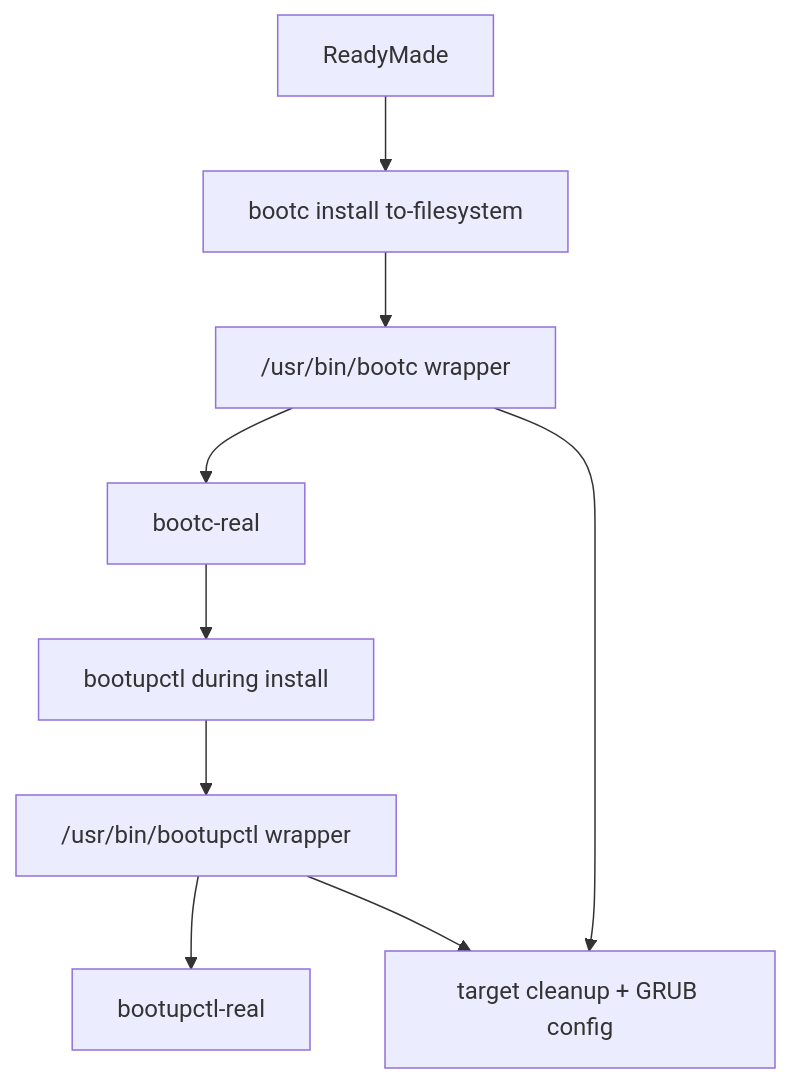
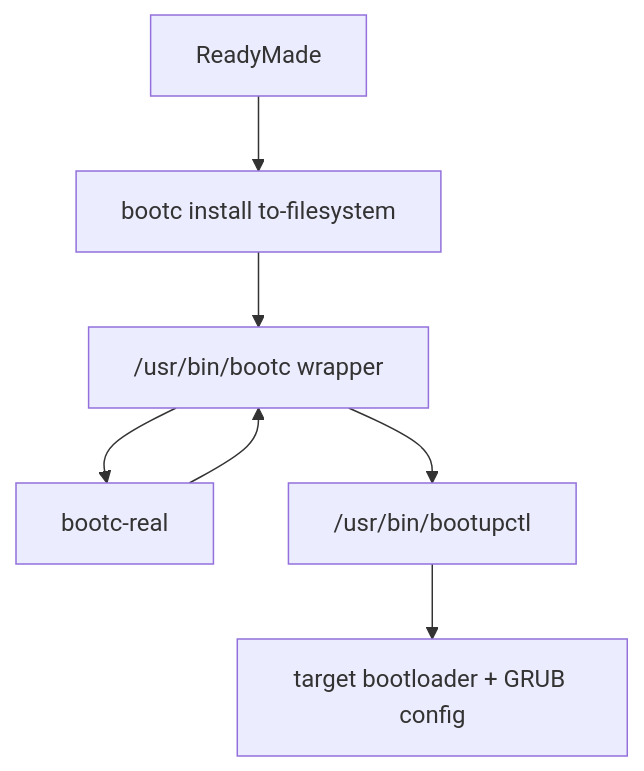
Before and after one commit to luminusOS/images: diagram 11 of 15 in ARCHITECTURE.md, drawn with Mermaid. The commit also changed other lines of this file and 34 other files, not shown here.

````diff
--- a/ARCHITECTURE.md
+++ b/ARCHITECTURE.md
@@ -542,16 +519,13 @@
 ```mermaid
 flowchart TD
     ReadyMade["ReadyMade"]
     BootcCommand["bootc install to-filesystem"]
     BootcWrapper["/usr/bin/bootc wrapper"]
     BootcReal["bootc-real"]
-    BootupctlCall["bootupctl during install"]
-    BootupctlWrapper["/usr/bin/bootupctl wrapper"]
-    BootupctlReal["bootupctl-real"]
-    Cleanup["target cleanup + GRUB config"]
+    Bootupctl["/usr/bin/bootupctl"]
+    Bootloader["target bootloader + GRUB config"]
 
     ReadyMade --> BootcCommand --> BootcWrapper --> BootcReal
-    BootcReal --> BootupctlCall --> BootupctlWrapper --> BootupctlReal
-    BootcWrapper --> Cleanup
-    BootupctlWrapper --> Cleanup
+    BootcReal --> BootcWrapper
+    BootcWrapper --> Bootupctl --> Bootloader
 ```
````
